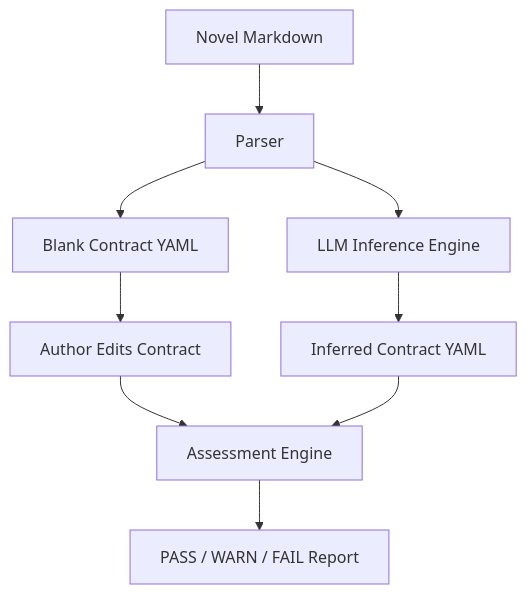
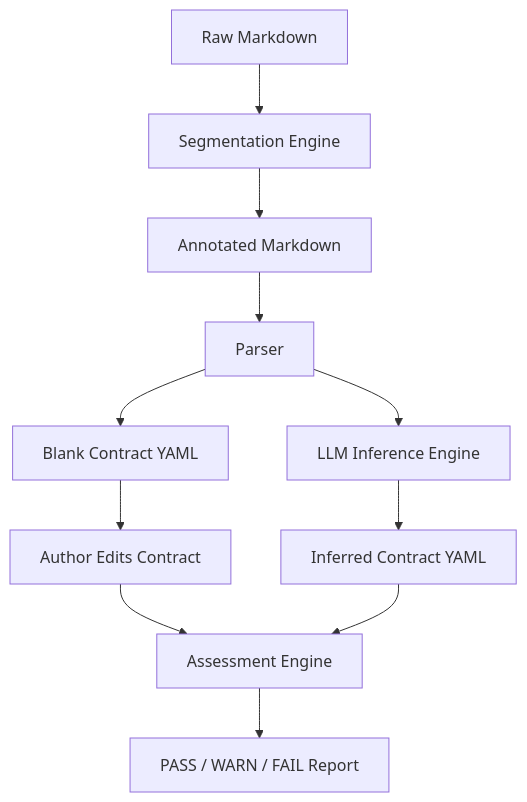
One commit to mattbriggs/novel_testbed_app changed the diagram in docs/index.md. Above: the diagram before and after it, drawn with Mermaid. The commit also changed other lines of this file and 29 other files, not shown here.

````diff
--- a/docs/index.md
+++ b/docs/index.md
@@ -35,12 +56,14 @@
 ```mermaid
 flowchart TD
-    A[Novel Markdown] --> B[Parser]
-    B --> C1[Blank Contract YAML]
+    A[Raw Markdown] --> S[Segmentation Engine]
+    S --> B[Annotated Markdown]
+    B --> P[Parser]
+    P --> C1[Blank Contract YAML]
     C1 --> D1[Author Edits Contract]
     D1 --> E[Assessment Engine]
     E --> F[PASS / WARN / FAIL Report]
 
-    B --> C2[LLM Inference Engine]
+    P --> C2[LLM Inference Engine]
     C2 --> C3[Inferred Contract YAML]
     C3 --> E
 ```
````
